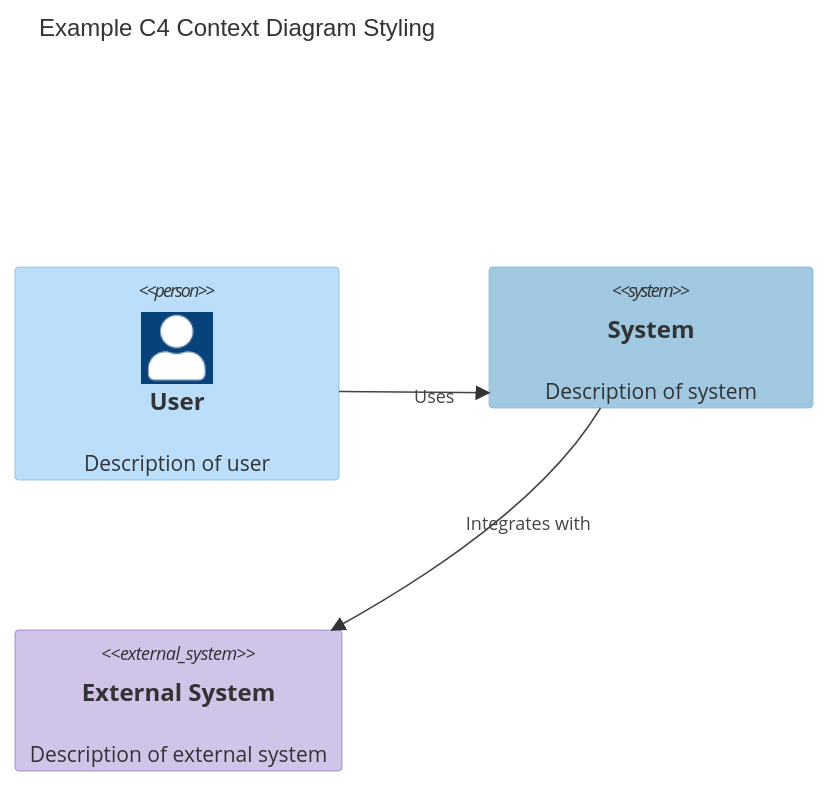
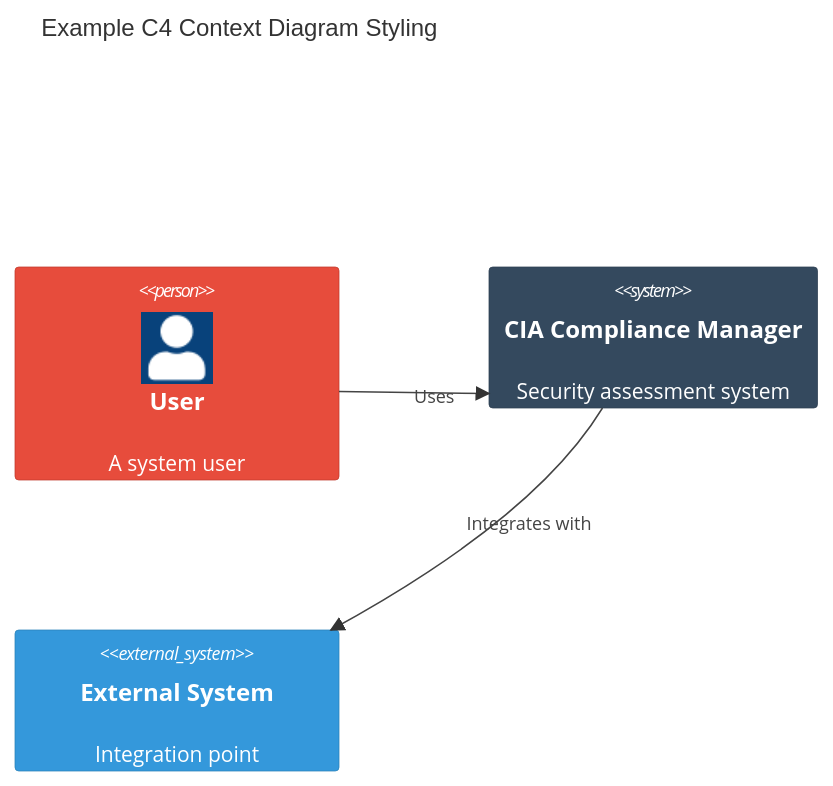
The third of 6 diagrams in docs/architecture/STYLE_GUIDE.md (Hack23/cia-compliance-manager), drawn with Mermaid before and after one commit. The commit also changed other lines of this file and 1 other file, not shown here.

Commit message:
feat(docs): enhance contribution and style guidelines with updated color palettes and diagram styles

````diff
--- a/docs/architecture/STYLE_GUIDE.md
+++ b/docs/architecture/STYLE_GUIDE.md
@@ -111,17 +140,17 @@
 ```mermaid
 C4Context
   title Example C4 Context Diagram Styling
 
-  Person(user, "User", "Description of user")
-  System(system, "System", "Description of system")
-  System_Ext(external, "External System", "Description of external system")
+  Person(user, "User", "A system user")
+  System(system, "CIA Compliance Manager", "Security assessment system")
+  System_Ext(external, "External System", "Integration point")
 
   Rel(user, system, "Uses")
   Rel(system, external, "Integrates with")
 
   UpdateLayoutConfig($c4ShapeInRow="3", $c4BoundaryInRow="1")
 
-  UpdateElementStyle(user, $fontColor="#333333", $bgColor="#bbdefb", $borderColor="#86b5d9")
-  UpdateElementStyle(system, $fontColor="#333333", $bgColor="#a0c8e0", $borderColor="#86b5d9")
-  UpdateElementStyle(external, $fontColor="#333333", $bgColor="#d1c4e9", $borderColor="#9575cd")
+  UpdateElementStyle(user, $fontColor="white", $bgColor="#e74c3c", $borderColor="#c0392b")
+  UpdateElementStyle(system, $fontColor="white", $bgColor="#34495e", $borderColor="#2c3e50")
+  UpdateElementStyle(external, $fontColor="white", $bgColor="#3498db", $borderColor="#2980b9")
 ```
````
